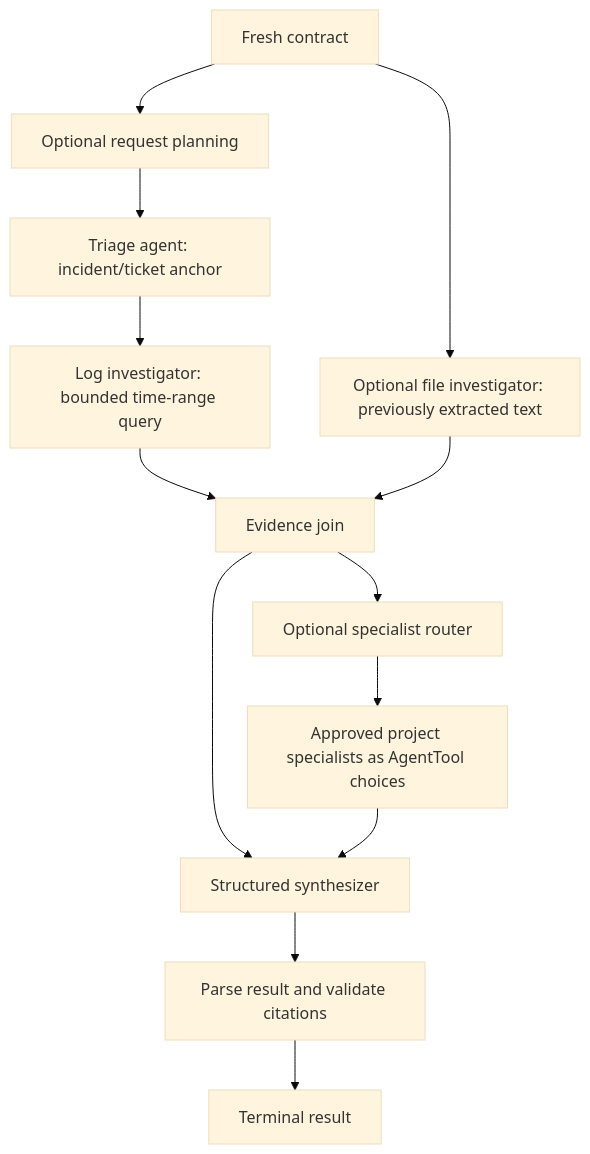
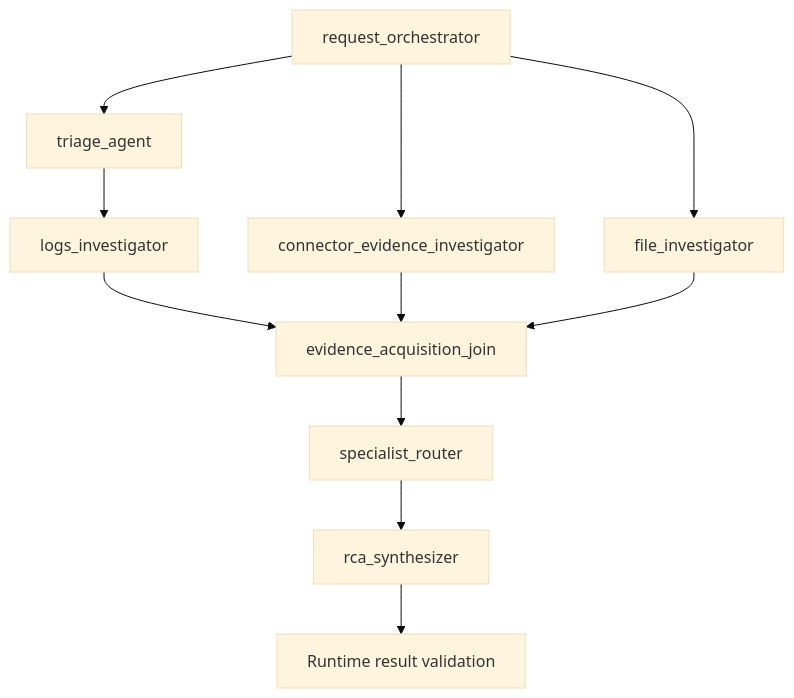
Before and after one commit to BharathKumarAI/RCA-Analyzer: the second of 3 diagrams in docs/harness.md, drawn with Mermaid (base theme). The commit also changed other lines of this file and 377 other files, not shown here.

Commit message:
feat(metrics): add unified SRE and platform metrics dashboard with modern interactive graphs and routing

````diff
--- a/docs/harness.md
+++ b/docs/harness.md
@@ -232,15 +66,22 @@
 ```mermaid
 flowchart TD
-    S[Fresh contract] --> P[Optional request planning]
-    P --> T[Triage agent: incident/ticket anchor]
-    T --> L[Log investigator: bounded time-range query]
-    S --> F[Optional file investigator: previously extracted text]
-    L --> J[Evidence join]
-    F --> J
-    J --> R[Optional specialist router]
-    R --> A[Approved project specialists as AgentTool choices]
-    J --> Y[Structured synthesizer]
-    A --> Y
-    Y --> V[Parse result and validate citations]
-    V --> O[Terminal result]
+  P[request_orchestrator] --> T[triage_agent]
+  P --> X[connector_evidence_investigator]
+  P --> F[file_investigator]
+  T --> L[logs_investigator]
+  L --> J[evidence_acquisition_join]
+  X --> J
+  F --> J
+  J --> R[specialist_router]
+  R --> S[rca_synthesizer]
+  S --> V[Runtime result validation]
+  click P "harness.md#stage-contracts" "Planning and stage contracts"
+  click T "connectors.md#jira-form-and-read-flow" "Jira context"
+  click L "connectors.md#provider-specific-forms" "Bounded log reads"
+  click X "connectors.md#provider-specific-forms" "Other source evidence"
+  click F "security.md#files-and-untrusted-content" "Attachment processing"
+  click J "harness.md#native-graph-compilation" "Native joins"
+  click R "harness.md#adding-an-agent-or-skill" "Approved specialists"
+  click S "harness.md#stage-contracts" "Structured synthesis"
+  click V "architecture.md#4-synthesis-and-terminal-state" "Citation validation"
 ```
````
